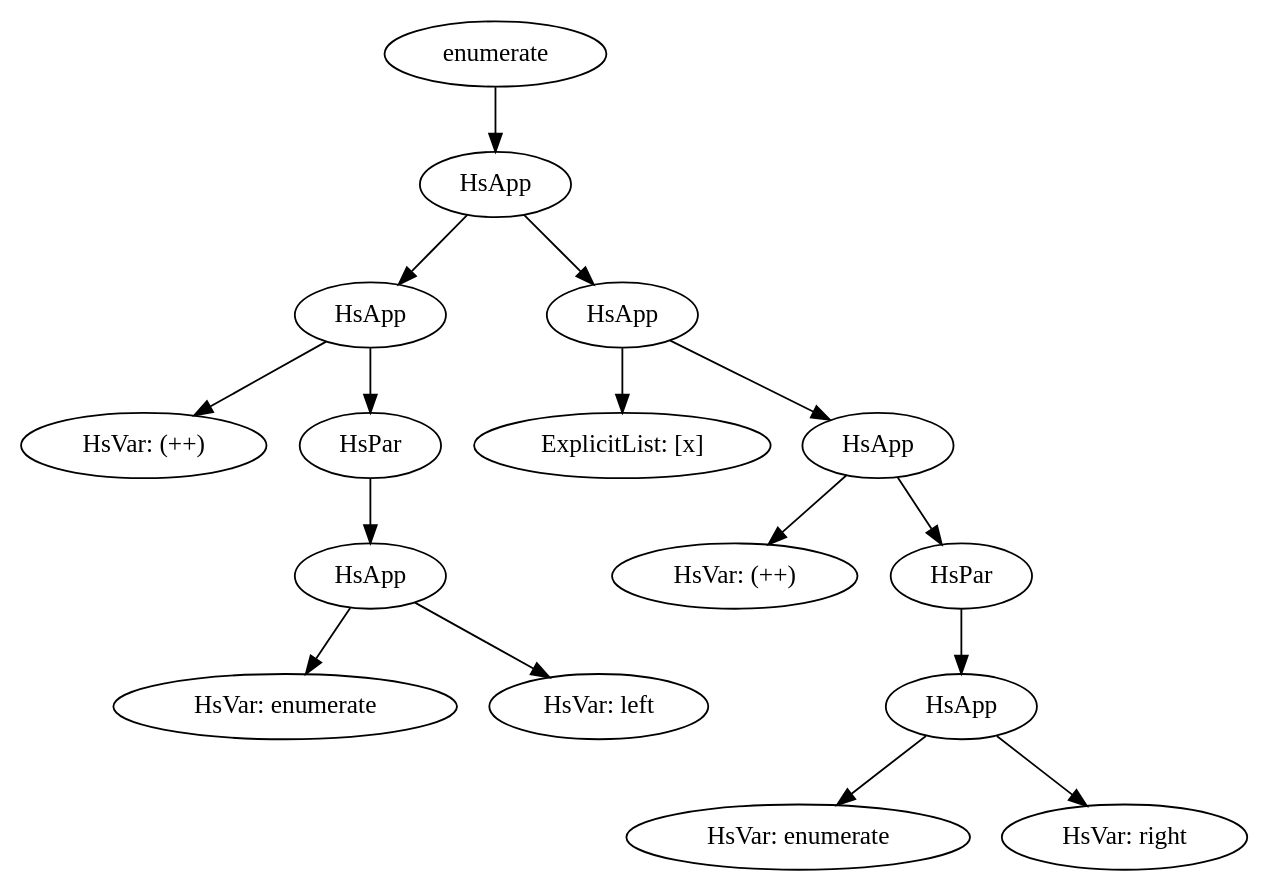
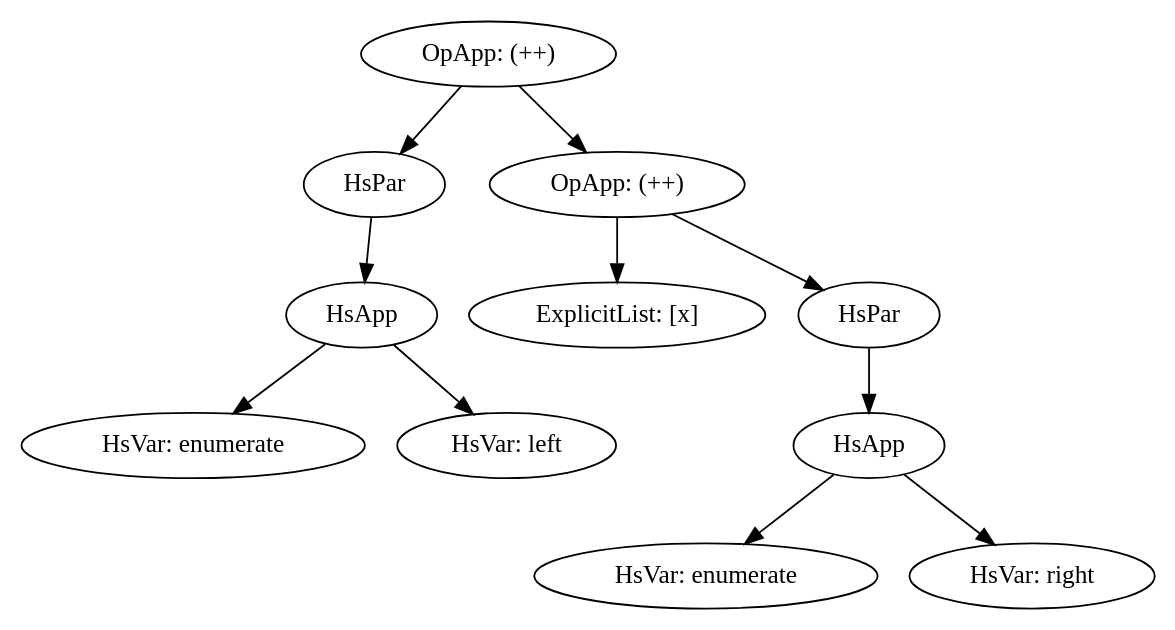
The diagram in graphVis/enumerate.gv (SAdams601/Thesis), drawn with Graphviz before and after one commit. The commit also changed 2 other files, not shown here.

```diff
--- a/graphVis/enumerate.gv
+++ b/graphVis/enumerate.gv
@@ -1,93 +1,85 @@
 digraph G {
-enumerate -> rApp1;
+//enumerate -> lApp;
 
 	subgraph left {
-		opAppL [label="HsApp"];
-		lApp [label="HsVar: (++)"];
-		opAppL -> lApp;
-		opAppL -> lPar;	
+		lApp [label="OpApp: (++)"];
+		lApp -> lPar;	
+		lApp -> rApp;
 	}
 
 	subgraph lPar {
 		lPar [label="HsPar"];
 		lEnum [label="HsVar: enumerate"];
 		left [label="HsVar: left"];
 		pApp1 [label="HsApp"];
 		lPar -> pApp1;
 		pApp1 -> lEnum;
 		pApp1 -> left;
 	}
 
 	subgraph right {
 		lst [label="ExplicitList: [x]"];
-		rApp [label="HsVar: (++)"];
-		rApp1 [label="HsApp"];
-		rApp2 [label="HsApp"];
-		rApp3 [label="HsApp"];
-		rApp1 -> opAppL;
-		rApp1 -> rApp2;
-		rApp2 -> lst;
-		rApp2 -> rApp3
-		rApp3 -> rApp;
-		rApp3 -> rPar;
+		rApp [label="OpApp: (++)"];
+		rApp -> lst;
+		rApp -> rPar;
 	}
 	
 	subgraph rPar {
 		rPar [label="HsPar"];
 		rEApp [label="HsApp"];
 		rEnum [label="HsVar: enumerate"];
 		right [label="HsVar: right"];
 		rPar -> rEApp;
 		rEApp -> rEnum;
 		rEApp -> right;
 	}
 
 }
 
 
 //enumerate (Node left x right) = (enumerate left) ++ [x] ++ (enumerate right)
 
 /*
 (L {test/testdata/HughesList/HList2.hs:8:33-76} 
                  (OpApp 
                   (L {test/testdata/HughesList/HList2.hs:8:33-55} 
                    (OpApp 
                     (L {test/testdata/HughesList/HList2.hs:8:33-48} 
                      (HsPar 
                       (L {test/testdata/HughesList/HList2.hs:8:34-47} 
                        (HsApp 
                         (L {test/testdata/HughesList/HList2.hs:8:34-42} 
                          (HsVar 
                           (Unqual {OccName: enumerate}))) 
                         (L {test/testdata/HughesList/HList2.hs:8:44-47} 
                          (HsVar 
                           (Unqual {OccName: left}))))))) 
                     (L {test/testdata/HughesList/HList2.hs:8:50-51} 
                      (HsVar 
                       (Unqual {OccName: ++}))) 
                     (PlaceHolder) 
                     (L {test/testdata/HughesList/HList2.hs:8:53-55} 
                      (ExplicitList 
                       (PlaceHolder) 
                       (Nothing) 
                       [
                        (L {test/testdata/HughesList/HList2.hs:8:54} 
                         (HsVar 
                          (Unqual {OccName: x})))])))) 
 
                          (L {test/testdata/HughesList/HList2.hs:8:57-58} 
                    (HsVar 
                     (Unqual {OccName: ++}))) 
                   (PlaceHolder) 
                   (L {test/testdata/HughesList/HList2.hs:8:60-76} 
                    (HsPar 
                     (L {test/testdata/HughesList/HList2.hs:8:61-75} 
                      (HsApp 
                       (L {test/testdata/HughesList/HList2.hs:8:61-69} 
                        (HsVar 
                         (Unqual {OccName: enumerate}))) 
                       (L {test/testdata/HughesList/HList2.hs:8:71-75} 
                        (HsVar 
                         (Unqual {OccName: right})))))))))
 
 */
```
